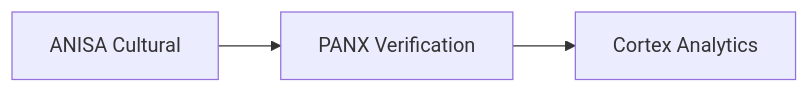
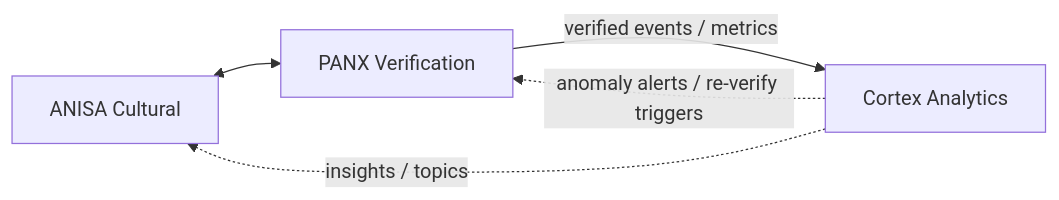
One commit to gtcx-protocol/.github changed the third of 7 diagrams in profile/README.md. Above: the diagram before and after it, drawn with Mermaid. The commit also changed other lines of this file, not shown here.

````diff
--- a/profile/README.md
+++ b/profile/README.md
@@ -138,5 +138,7 @@
 ```mermaid
 flowchart LR
-  ANISA["ANISA Cultural"] --> PANX["PANX Verification"]
-  PANX --> CORTEX["Cortex Analytics"]
+  ANISA["ANISA Cultural"] <--> PANX["PANX Verification"]
+  PANX -->|verified events / metrics| CORTEX["Cortex Analytics"]
+  CORTEX -.->|anomaly alerts / re‑verify triggers| PANX
+  CORTEX -.->|insights / topics| ANISA
 ```
````
